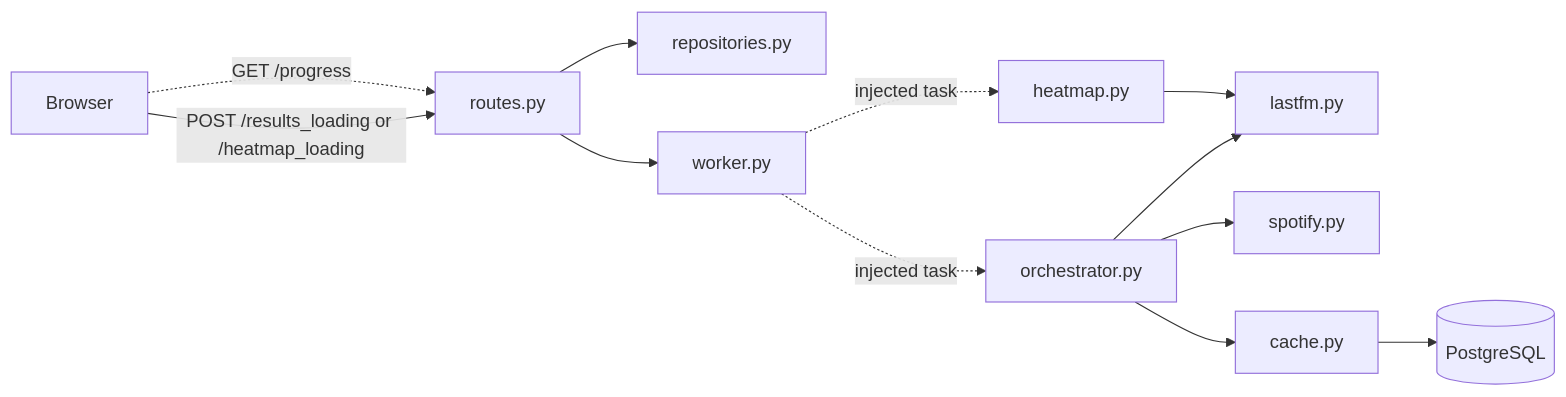
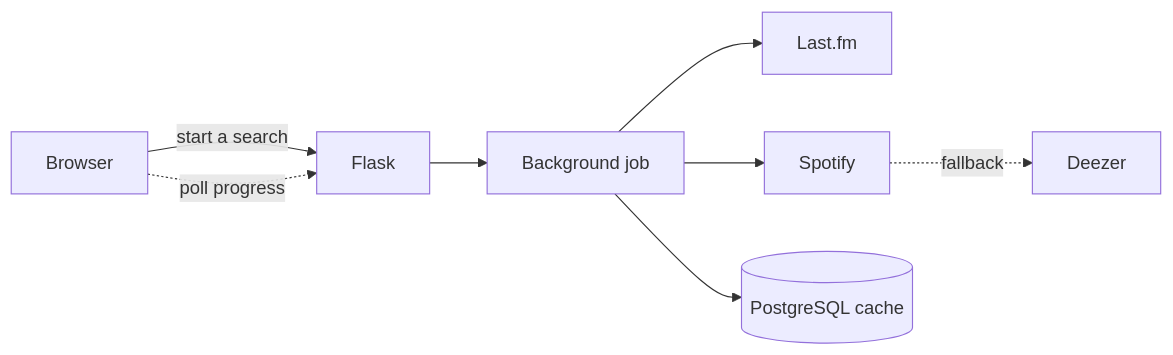
One commit to pterw/ScrobbleScope changed the diagram in README.md. Above: the diagram before and after it, drawn with Mermaid. The commit also changed other lines of this file and 2 other files, not shown here.

First line of the commit message:
docs(readme): Redraw the architecture diagram and refresh the tech stack

````diff
--- a/README.md
+++ b/README.md
@@ -114,14 +120,10 @@
 ```mermaid
 graph LR
-    A[Browser] -->|POST /results_loading or /heatmap_loading| B[routes.py]
-    A -.->|GET /progress| B
-    B --> C[repositories.py]
-    B --> D[worker.py]
-    D -.->|injected task| E[orchestrator.py]
-    D -.->|injected task| F[heatmap.py]
-    E --> G[lastfm.py]
-    E --> H[spotify.py]
-    E --> I[cache.py]
-    F --> G
-    I --> J[(PostgreSQL)]
+    Browser -->|start a search| Flask
+    Browser -.->|poll progress| Flask
+    Flask --> Job[Background job]
+    Job --> LastFM[Last.fm]
+    Job --> Spotify
+    Spotify -.->|fallback| Deezer
+    Job --> Cache[(PostgreSQL cache)]
 ```
````
